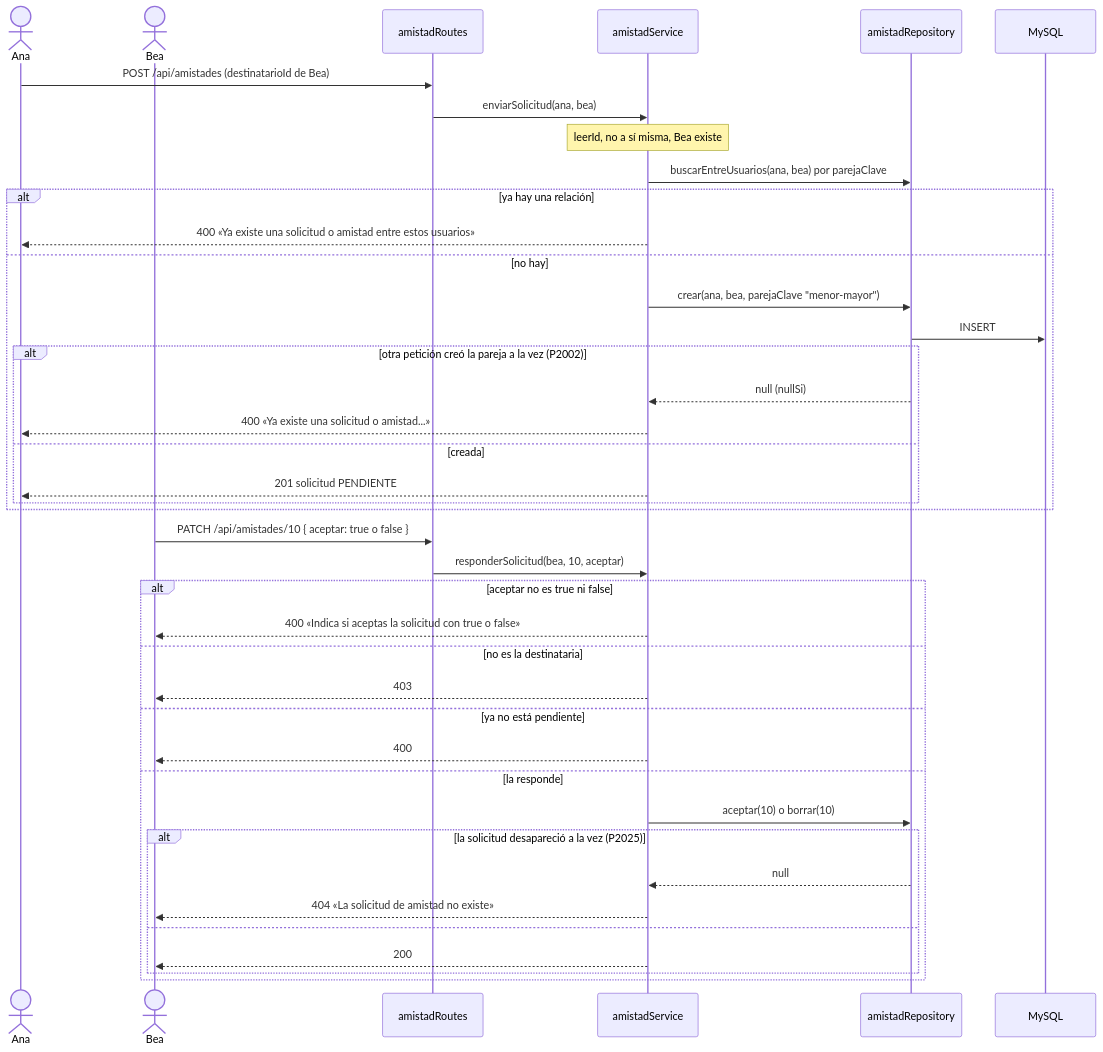
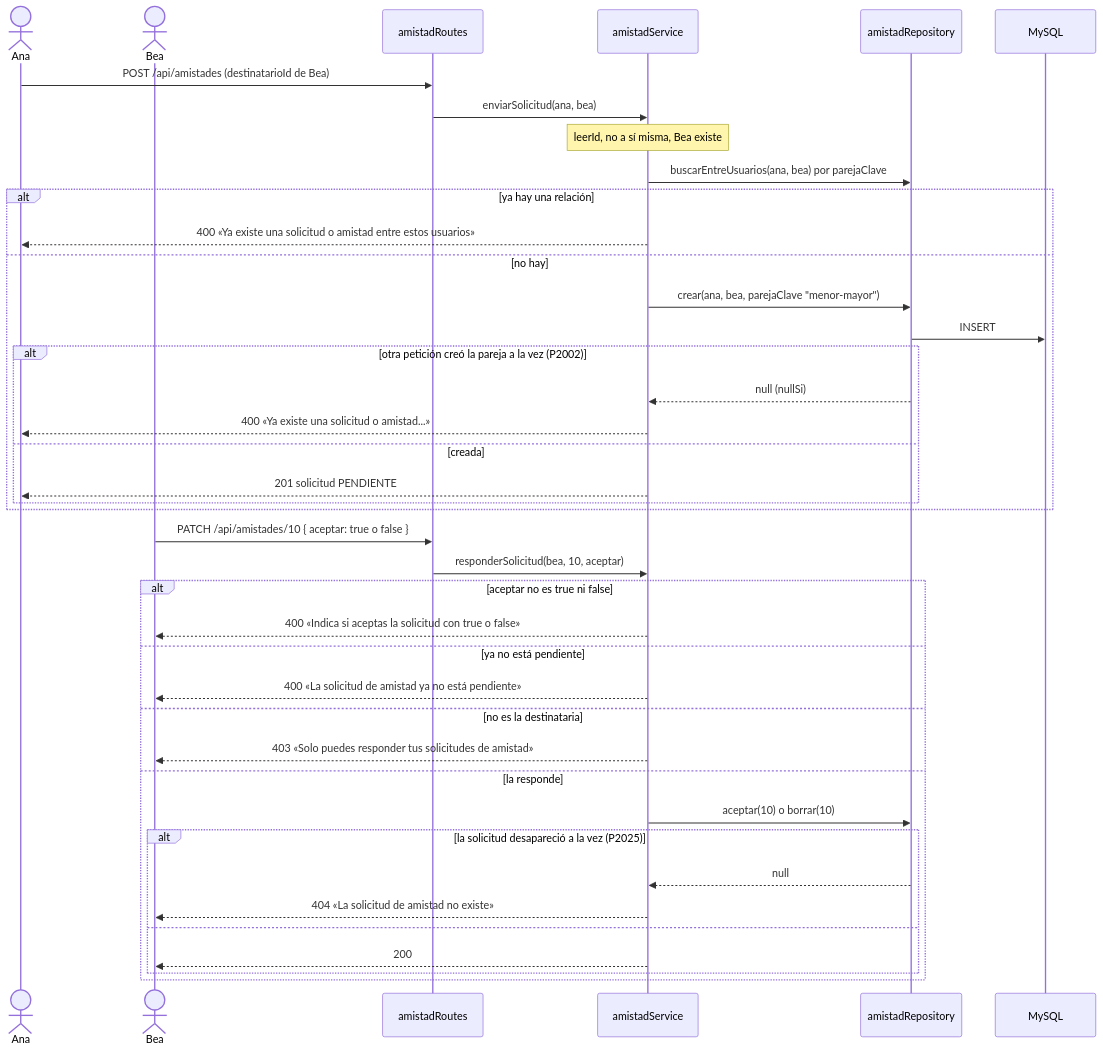
One commit to Matthew-PV/ISW-Practica changed the seventh of 16 diagrams in documentacion/flujos.md. Above: the diagram before and after it, drawn with Mermaid. The commit also changed 1 other file, not shown here.

Commit message:
api.md: referencia de todas las rutas con su servicio, cuerpo, respuesta y errores

````diff
--- a/documentacion/flujos.md
+++ b/documentacion/flujos.md
@@ -285,42 +285,42 @@
 ```mermaid
 sequenceDiagram
   actor A as Ana
   actor B as Bea
   participant R as amistadRoutes
   participant S as amistadService
   participant AR as amistadRepository
   participant BD as MySQL
   A->>R: POST /api/amistades (destinatarioId de Bea)
   R->>S: enviarSolicitud(ana, bea)
   Note over S: leerId, no a sí misma, Bea existe
   S->>AR: buscarEntreUsuarios(ana, bea) por parejaClave
   alt ya hay una relación
     S-->>A: 400 «Ya existe una solicitud o amistad entre estos usuarios»
   else no hay
     S->>AR: crear(ana, bea, parejaClave "menor-mayor")
     AR->>BD: INSERT
     alt otra petición creó la pareja a la vez (P2002)
       AR-->>S: null (nullSi)
       S-->>A: 400 «Ya existe una solicitud o amistad...»
     else creada
       S-->>A: 201 solicitud PENDIENTE
     end
   end
   B->>R: PATCH /api/amistades/10 { aceptar: true o false }
   R->>S: responderSolicitud(bea, 10, aceptar)
   alt aceptar no es true ni false
     S-->>B: 400 «Indica si aceptas la solicitud con true o false»
+  else ya no está pendiente
+    S-->>B: 400 «La solicitud de amistad ya no está pendiente»
   else no es la destinataria
-    S-->>B: 403
-  else ya no está pendiente
-    S-->>B: 400
+    S-->>B: 403 «Solo puedes responder tus solicitudes de amistad»
   else la responde
     S->>AR: aceptar(10) o borrar(10)
     alt la solicitud desapareció a la vez (P2025)
       AR-->>S: null
       S-->>B: 404 «La solicitud de amistad no existe»
     else
       S-->>B: 200
     end
   end
 ```
````
